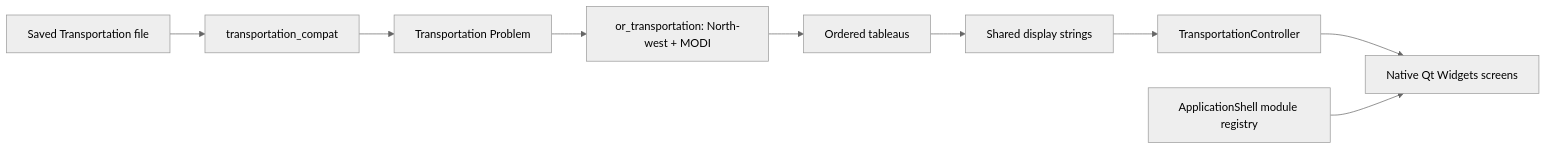
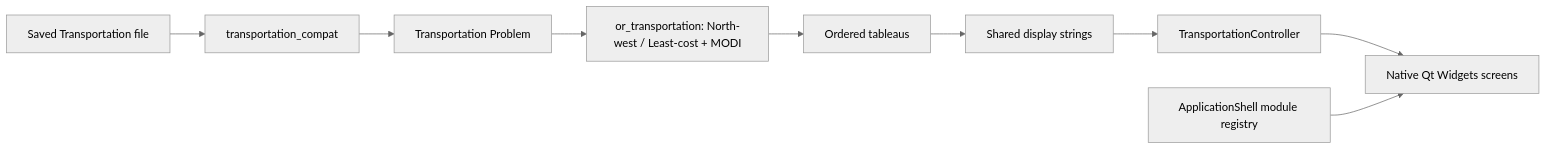
The fifth of 5 diagrams in docs/ARCHITECTURE.md (Nitir4/Eidolon), drawn with Mermaid (neutral theme) before and after one commit. The commit also changed other lines of this file and 22 other files, not shown here.

Commit message:
Add observed Transportation Least-cost start on future-scope

````diff
--- a/docs/ARCHITECTURE.md
+++ b/docs/ARCHITECTURE.md
@@ -439,11 +439,11 @@
 ```mermaid
 flowchart LR
   File[Saved Transportation file] --> Reader[transportation_compat]
   Reader --> Model[Transportation Problem]
-  Model --> Solver[or_transportation: North-west + MODI]
+  Model --> Solver[or_transportation: North-west / Least-cost + MODI]
   Solver --> Trace[Ordered tableaus]
   Trace --> Display[Shared display strings]
   Display --> Controller[TransportationController]
   Controller --> Widgets[Native Qt Widgets screens]
   Registry[ApplicationShell module registry] --> Widgets
 ```
````
